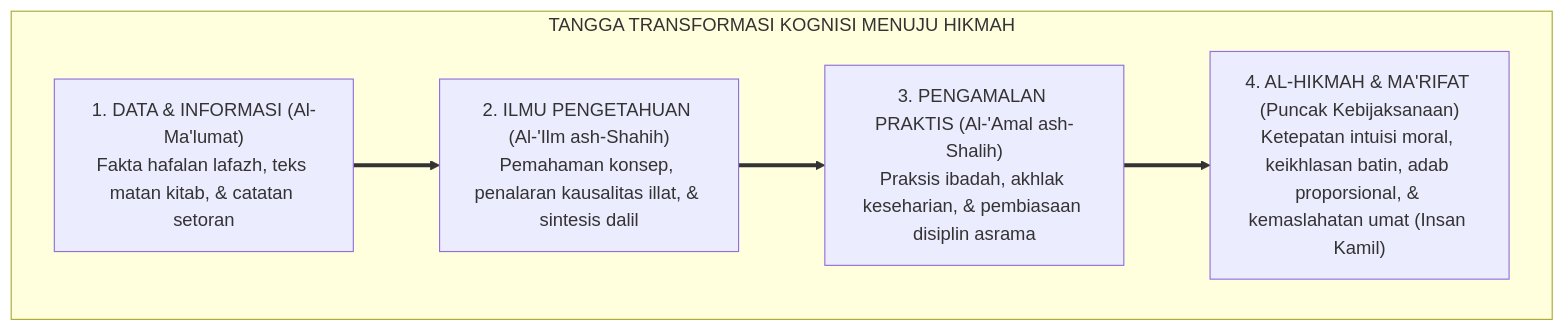
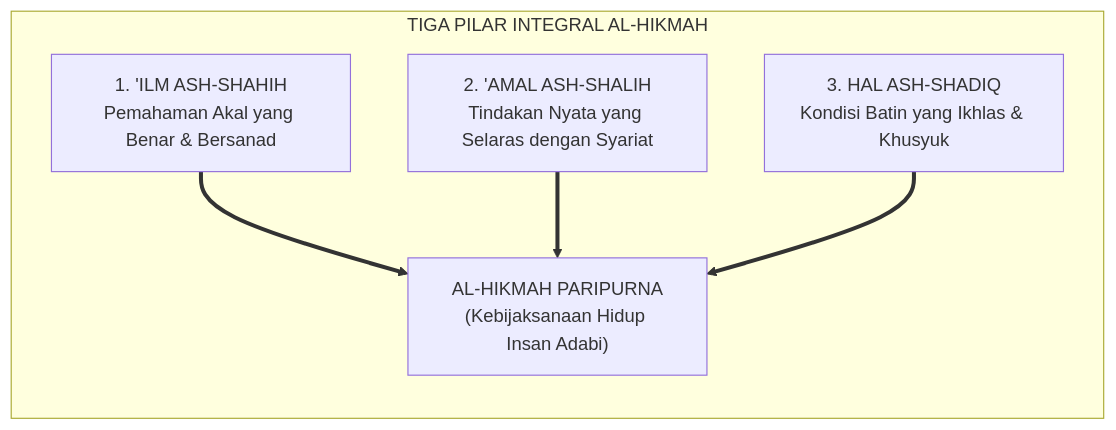
The second of 6 diagrams in 01 Philosophy/01 Worldview/02 Epistemologi TUMBUH/P1-01-02-06-Hikmah-dan-Kebijaksanaan.md (wandiapriliyandi/tumbuh), drawn with Mermaid before and after one commit. The commit also changed other lines of this file and 9 other files, not shown here.

````diff
--- a/01 Philosophy/01 Worldview/02 Epistemologi TUMBUH/P1-01-02-06-Hikmah-dan-Kebijaksanaan.md
+++ b/01 Philosophy/01 Worldview/02 Epistemologi TUMBUH/P1-01-02-06-Hikmah-dan-Kebijaksanaan.md
@@ -64,11 +84,10 @@
 ```mermaid
-flowchart TD
-    subgraph TanggaHikmahTUMBUH["TANGGA TRANSFORMASI KOGNISI MENUJU HIKMAH"]
-        T1["1. DATA & INFORMASI (Al-Ma'lumat)<br/>Fakta hafalan lafazh, teks matan kitab, & catatan setoran"]
-        T2["2. ILMU PENGETAHUAN (Al-'Ilm ash-Shahih)<br/>Pemahaman konsep, penalaran kausalitas illat, & sintesis dalil"]
-        T3["3. PENGAMALAN PRAKTIS (Al-'Amal ash-Shalih)<br/>Praksis ibadah, akhlak keseharian, & pembiasaan disiplin asrama"]
-        T4["4. AL-HIKMAH & MA'RIFAT (Puncak Kebijaksanaan)<br/>Ketepatan intuisi moral, keikhlasan batin, adab proporsional, & kemaslahatan umat (Insan Kamil)"]
+flowchart LR
+    subgraph TigaPilarHikmah["TIGA PILAR INTEGRAL AL-HIKMAH"]
+        I["1. 'ILM ASH-SHAHIH<br/>Pemahaman Akal yang Benar & Bersanad"]
+        A["2. 'AMAL ASH-SHALIH<br/>Tindakan Nyata yang Selaras dengan Syariat"]
+        H["3. HAL ASH-SHADIQ<br/>Kondisi Batin yang Ikhlas & Khusyuk"]
         
-        T1 ==> T2 ==> T3 ==> T4
+        I & A & H ==> HikmahWujud["AL-HIKMAH PARIPURNA<br/>(Kebijaksanaan Hidup Insan Adabi)"]
     end
 ```
````
